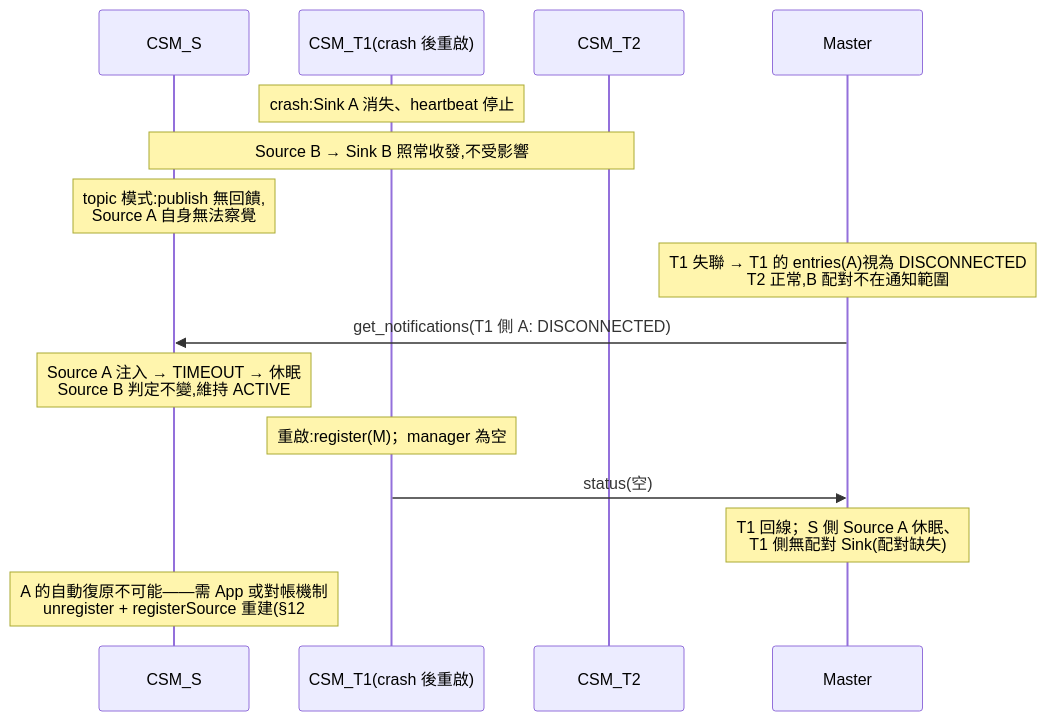
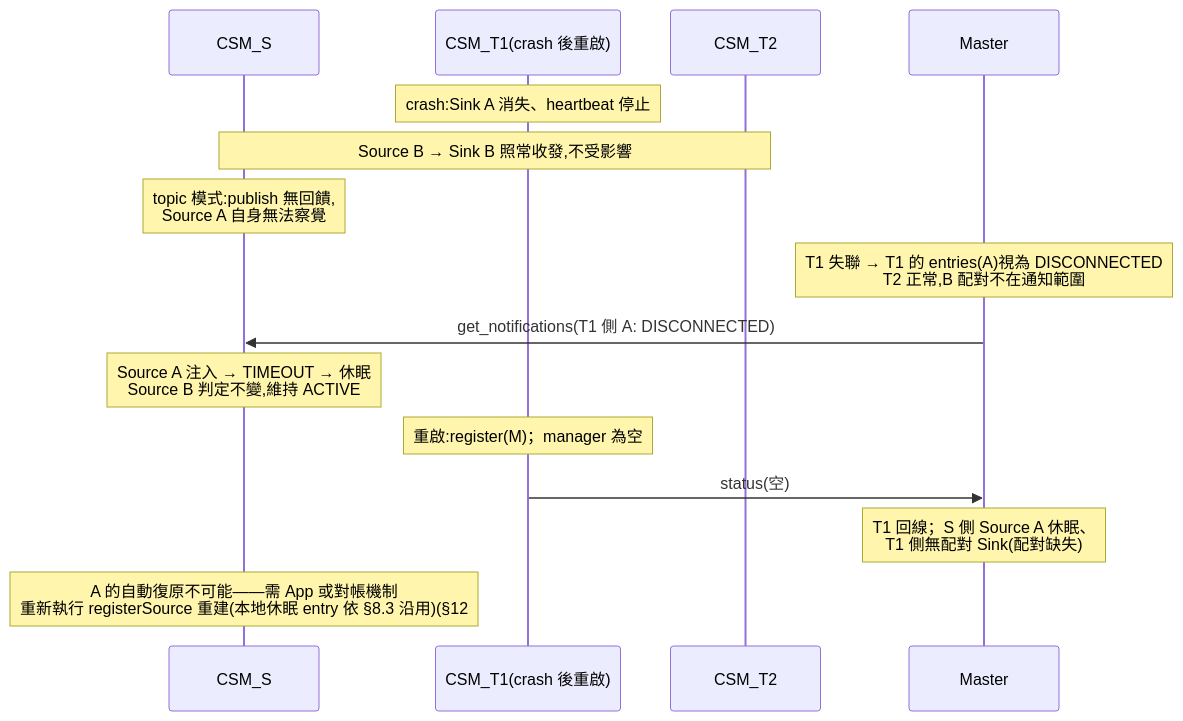
Before and after one commit to cocobird231/rv2_project: diagram 16 of 42 in r1_design_draft.md, drawn with Mermaid. The commit also changed other lines of this file, not shown here.

````diff
--- a/r1_design_draft.md
+++ b/r1_design_draft.md
@@ -1697,19 +1765,19 @@
 ```mermaid
 sequenceDiagram
     participant S as CSM_S
     participant T1 as CSM_T1(crash 後重啟)
     participant T2 as CSM_T2
     participant M as Master
 
     Note over T1: crash:Sink A 消失、heartbeat 停止
     Note over S,T2: Source B → Sink B 照常收發,不受影響
     Note over S: topic 模式:publish 無回饋,<br/>Source A 自身無法察覺
     Note over M: T1 失聯 → T1 的 entries(A)視為 DISCONNECTED<br/>T2 正常,B 配對不在通知範圍
     M->>S: get_notifications(T1 側 A: DISCONNECTED)
     Note over S: Source A 注入 → TIMEOUT → 休眠<br/>Source B 判定不變,維持 ACTIVE
 
     Note over T1: 重啟:register(M)；manager 為空
     T1->>M: status(空)
     Note over M: T1 回線；S 側 Source A 休眠、<br/>T1 側無配對 Sink(配對缺失)
-    Note over S: A 的自動復原不可能——需 App 或對帳機制<br/>unregister + registerSource 重建(§12 #4)
+    Note over S: A 的自動復原不可能——需 App 或對帳機制<br/>重新執行 registerSource 重建(本地休眠 entry 依 §8.3 沿用)(§12 #3)
 ```
````
